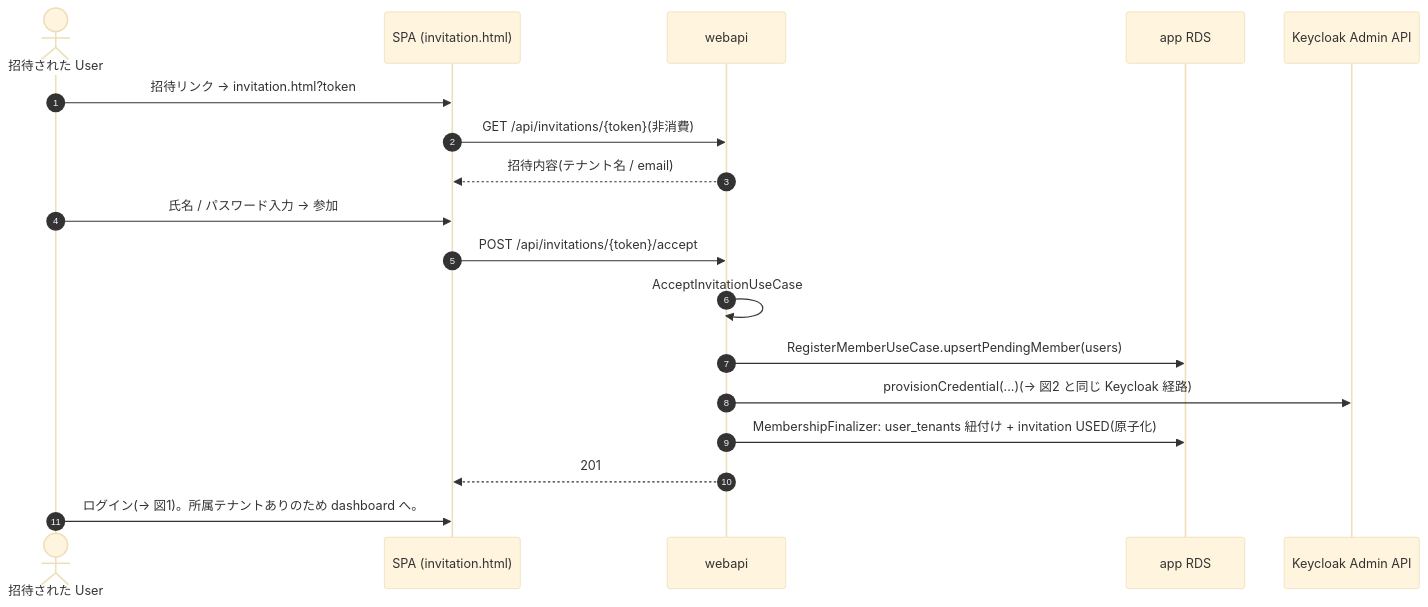
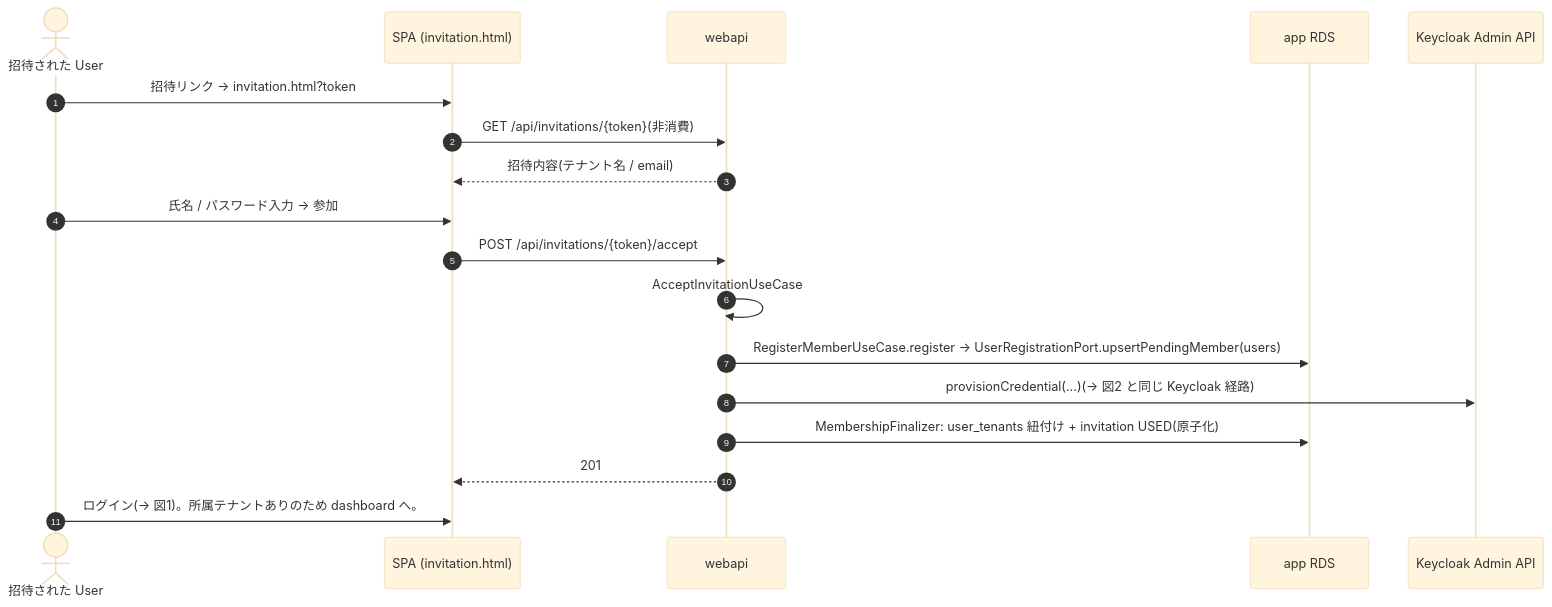
Before and after one commit to win2cot/tasks-webapi: the fourth of 4 diagrams in docs/architecture/keycloak-integration-sequences.md, drawn with Mermaid (base theme).

Commit message:
docs(keycloak): 図4の upsertPendingMember を正しく UserRegistrationPort 帰属に修正(レビュー対応)
Refs #862

Claude-Session: https://claude.ai/code/session_017X69UsafGCaZYAdY1umdUe

````diff
--- a/docs/architecture/keycloak-integration-sequences.md
+++ b/docs/architecture/keycloak-integration-sequences.md
@@ -141,21 +141,21 @@
 ```mermaid
 sequenceDiagram
     autonumber
     actor U as 招待された User
     participant SPA as SPA (invitation.html)
     participant API as webapi
     participant DB as app RDS
     participant KC as Keycloak Admin API
 
     U->>SPA: 招待リンク → invitation.html?token
     SPA->>API: GET /api/invitations/{token}(非消費)
     API-->>SPA: 招待内容(テナント名 / email)
     U->>SPA: 氏名 / パスワード入力 → 参加
     SPA->>API: POST /api/invitations/{token}/accept
     API->>API: AcceptInvitationUseCase
-    API->>DB: RegisterMemberUseCase.upsertPendingMember(users)
+    API->>DB: RegisterMemberUseCase.register → UserRegistrationPort.upsertPendingMember(users)
     API->>KC: provisionCredential(...)(→ 図2 と同じ Keycloak 経路)
     API->>DB: MembershipFinalizer: user_tenants 紐付け + invitation USED(原子化)
     API-->>SPA: 201
     U->>SPA: ログイン(→ 図1)。所属テナントありのため dashboard へ。
 ```
````
